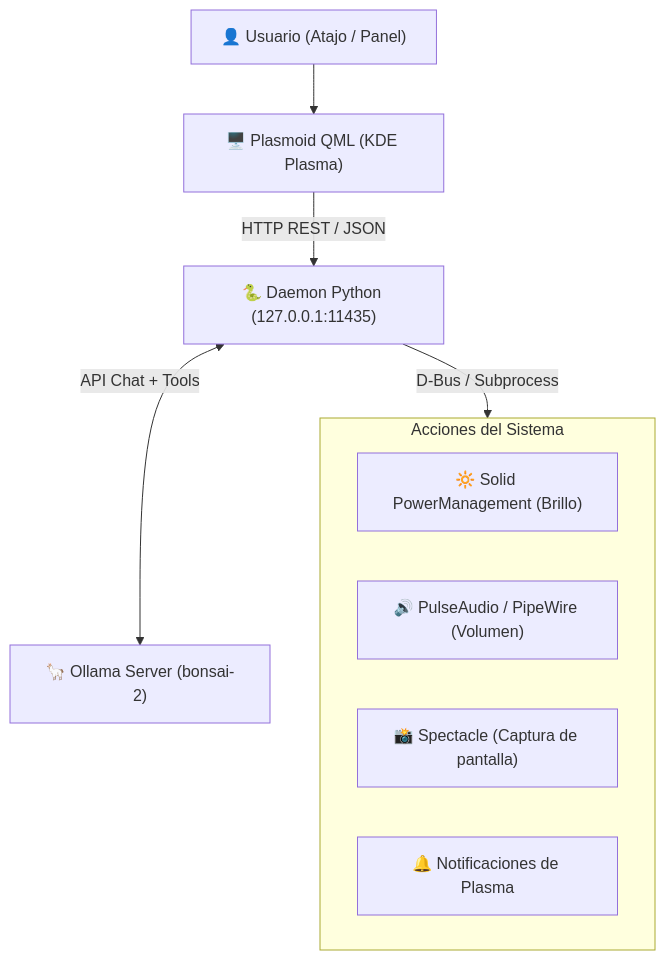
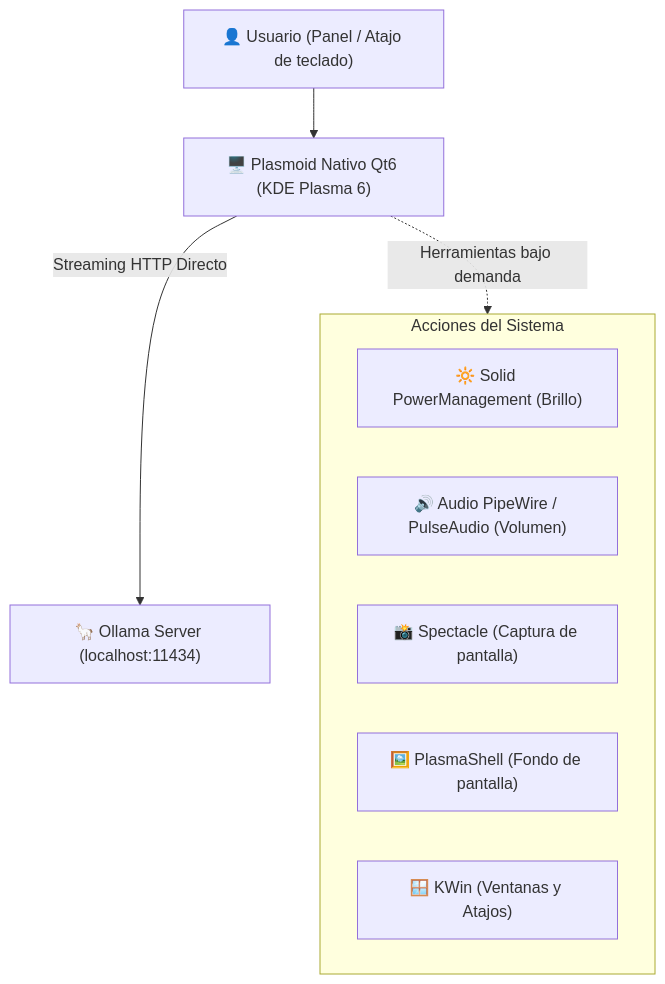
Before and after one commit to Canx/plasma-bonsai: the diagram in README.md, drawn with Mermaid. The commit also changed other lines of this file and 6 other files, not shown here.

Commit message:
feat: migrate to 100% standalone user-space architecture (direct Ollama + on-demand tools, zero daemon)

````diff
--- a/README.md
+++ b/README.md
@@ -30,14 +35,14 @@
 ```mermaid
 flowchart TD
-    User["👤 Usuario (Atajo / Panel)"] --> QML["🖥️ Plasmoid QML (KDE Plasma)"]
-    QML -->|HTTP REST / JSON| Daemon["🐍 Daemon Python (127.0.0.1:11435)"]
-    Daemon <-->|API Chat + Tools| Ollama["🦙 Ollama Server (bonsai-2)"]
-    Daemon -->|D-Bus / Subprocess| System["⚙️ Servicios KDE / Linux"]
+    User["👤 Usuario (Panel / Atajo de teclado)"] --> QML["🖥️ Plasmoid Nativo Qt6 (KDE Plasma 6)"]
+    QML -->|Streaming HTTP Directo| Ollama["🦙 Ollama Server (localhost:11434)"]
+    QML -.->|Herramientas bajo demanda| Tools["⚙️ Runner de Acciones del Sistema"]
     
-    subgraph System["Acciones del Sistema"]
+    subgraph Tools["Acciones del Sistema"]
         Solid["🔆 Solid PowerManagement (Brillo)"]
-        Audio["🔊 PulseAudio / PipeWire (Volumen)"]
-        Screenshots["📸 Spectacle (Captura de pantalla)"]
-        Notif["🔔 Notificaciones de Plasma"]
+        Audio["🔊 Audio PipeWire / PulseAudio (Volumen)"]
+        Spectacle["📸 Spectacle (Captura de pantalla)"]
+        PlasmaShell["🖼️ PlasmaShell (Fondo de pantalla)"]
+        KWin["🪟 KWin (Ventanas y Atajos)"]
     end
 ```
````
